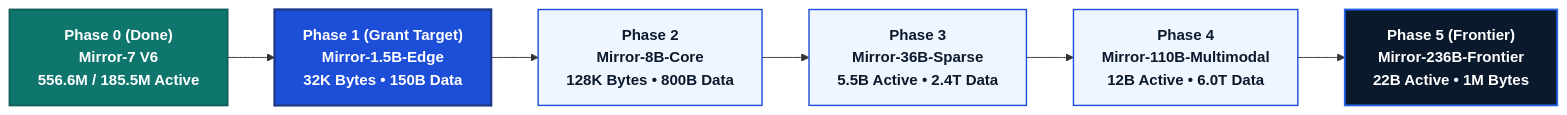
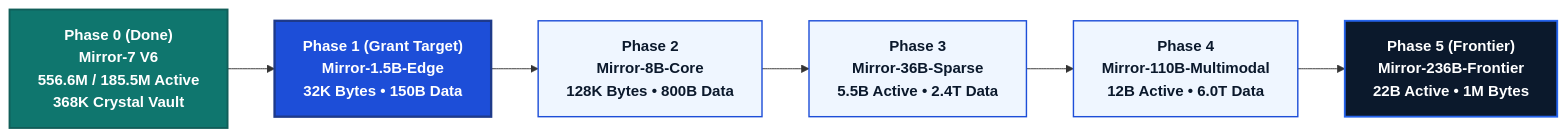
The third of 4 diagrams in README.md (realahmad07/Mirror-7), drawn with Mermaid before and after one commit. The commit also changed other lines of this file and 1 other file, not shown here.

Commit message:
docs: comprehensive architectural redesign from scratch to 368k vault, 55/55 benchmark, and dual-topology UI

````diff
--- a/README.md
+++ b/README.md
@@ -340,13 +530,13 @@
 ```mermaid
 flowchart LR
     classDef done fill:#0F766E,stroke:#115E59,stroke-width:2px,color:#FFFFFF,font-weight:bold
     classDef next fill:#1D4ED8,stroke:#1E3A8A,stroke-width:2.5px,color:#FFFFFF,font-weight:bold
     classDef scale fill:#EFF6FF,stroke:#1D4ED8,stroke-width:1.5px,color:#0B192C,font-weight:bold
     classDef frontier fill:#0B192C,stroke:#2563EB,stroke-width:2px,color:#FFFFFF,font-weight:bold
 
-    P0["Phase 0 (Done)<br/>Mirror-7 V6<br/>556.6M / 185.5M Active"]:::done --> P1["Phase 1 (Grant Target)<br/>Mirror-1.5B-Edge<br/>32K Bytes • 150B Data"]:::next
+    P0["Phase 0 (Done)<br/>Mirror-7 V6<br/>556.6M / 185.5M Active<br/>368K Crystal Vault"]:::done --> P1["Phase 1 (Grant Target)<br/>Mirror-1.5B-Edge<br/>32K Bytes • 150B Data"]:::next
     P1 --> P2["Phase 2<br/>Mirror-8B-Core<br/>128K Bytes • 800B Data"]:::scale
     P2 --> P3["Phase 3<br/>Mirror-36B-Sparse<br/>5.5B Active • 2.4T Data"]:::scale
     P3 --> P4["Phase 4<br/>Mirror-110B-Multimodal<br/>12B Active • 6.0T Data"]:::scale
     P4 --> P5["Phase 5 (Frontier)<br/>Mirror-236B-Frontier<br/>22B Active • 1M Bytes"]:::frontier
 ```
````
